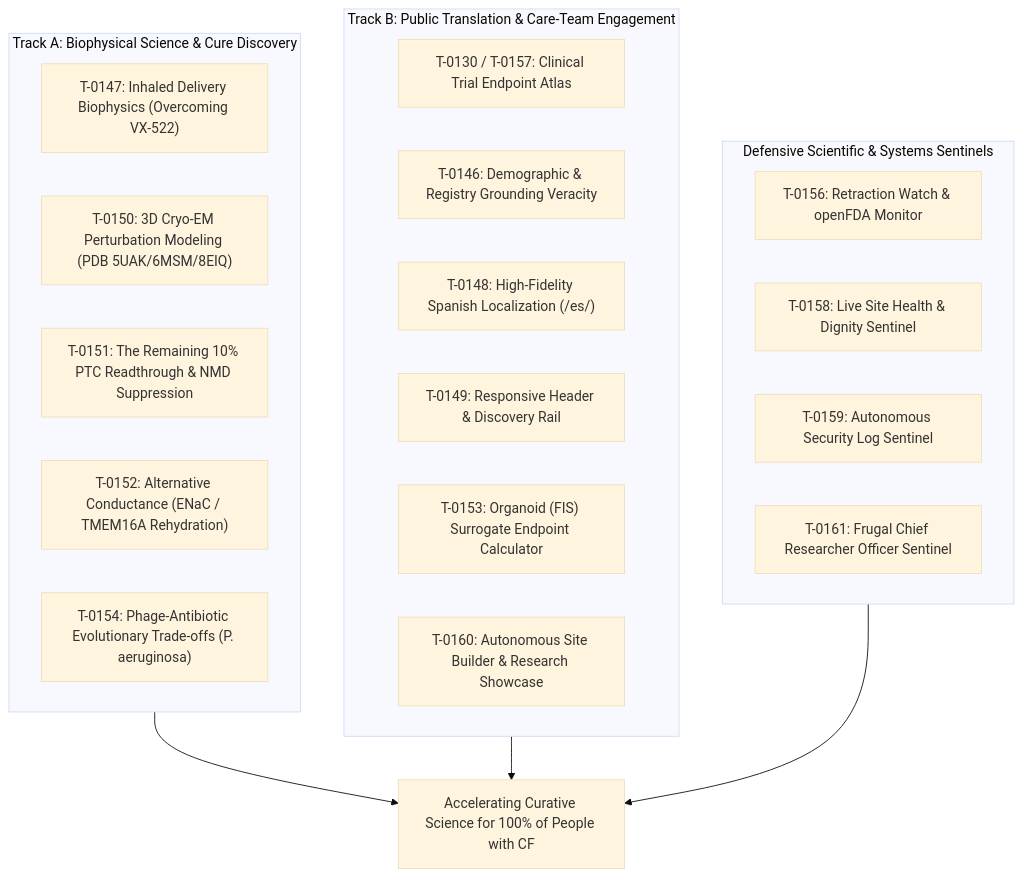
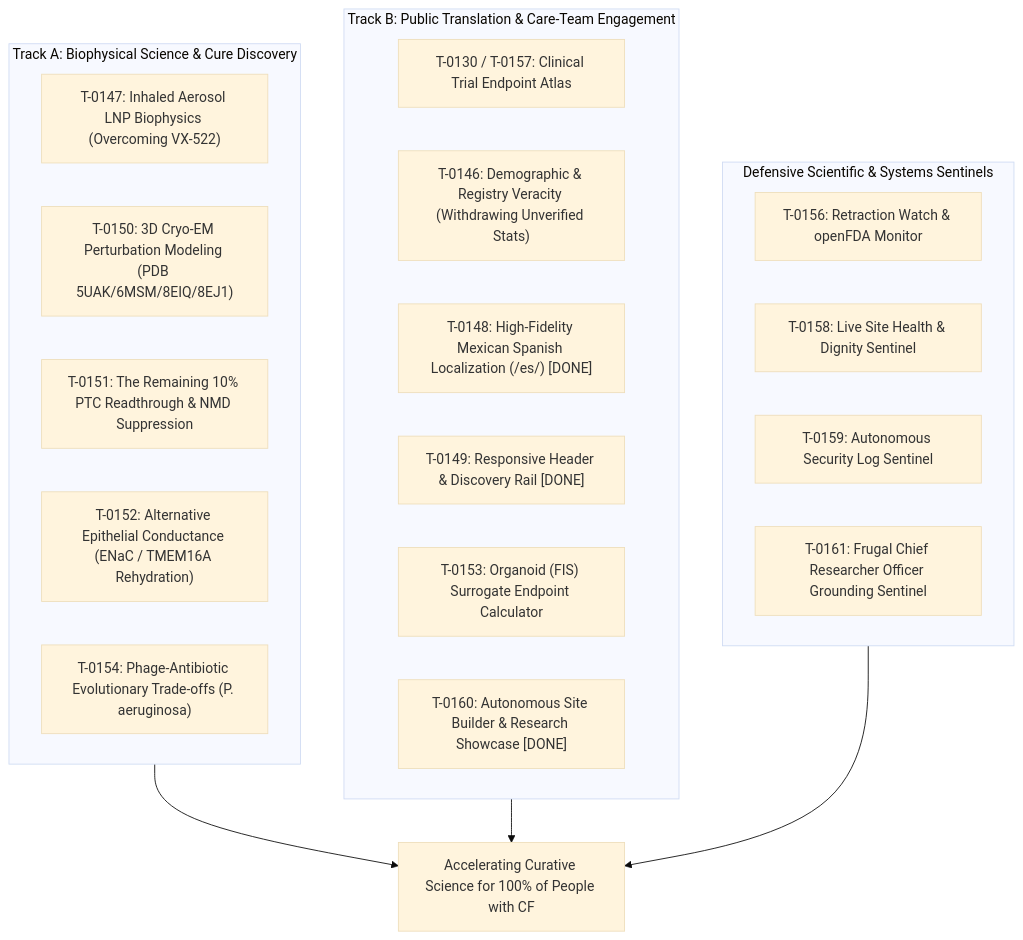
The diagram in landscape/mission-grounding-2026-10-13.md (senseiewok/cf-research), drawn with Mermaid (base theme) before and after one commit. The commit also changed other lines of this file, not shown here.

First line of the commit message:
research(landscape): record evening CRO mission grounding audit for 2026-10-13

````diff
--- a/landscape/mission-grounding-2026-10-13.md
+++ b/landscape/mission-grounding-2026-10-13.md
@@ -65,30 +69,30 @@
 ```mermaid
 flowchart TD
     subgraph TrackA["Track A: Biophysical Science & Cure Discovery"]
-        A1["T-0147: Inhaled Delivery Biophysics (Overcoming VX-522)"]
-        A2["T-0150: 3D Cryo-EM Perturbation Modeling (PDB 5UAK/6MSM/8EIQ)"]
+        A1["T-0147: Inhaled Aerosol LNP Biophysics (Overcoming VX-522)"]
+        A2["T-0150: 3D Cryo-EM Perturbation Modeling (PDB 5UAK/6MSM/8EIQ/8EJ1)"]
         A3["T-0151: The Remaining 10% PTC Readthrough & NMD Suppression"]
-        A4["T-0152: Alternative Conductance (ENaC / TMEM16A Rehydration)"]
+        A4["T-0152: Alternative Epithelial Conductance (ENaC / TMEM16A Rehydration)"]
         A5["T-0154: Phage-Antibiotic Evolutionary Trade-offs (P. aeruginosa)"]
     end
 
     subgraph TrackB["Track B: Public Translation & Care-Team Engagement"]
         B1["T-0130 / T-0157: Clinical Trial Endpoint Atlas"]
-        B2["T-0146: Demographic & Registry Grounding Veracity"]
-        B3["T-0148: High-Fidelity Spanish Localization (/es/)"]
-        B4["T-0149: Responsive Header & Discovery Rail"]
+        B2["T-0146: Demographic & Registry Veracity (Withdrawing Unverified Stats)"]
+        B3["T-0148: High-Fidelity Mexican Spanish Localization (/es/) [DONE]"]
+        B4["T-0149: Responsive Header & Discovery Rail [DONE]"]
         B5["T-0153: Organoid (FIS) Surrogate Endpoint Calculator"]
-        B6["T-0160: Autonomous Site Builder & Research Showcase"]
+        B6["T-0160: Autonomous Site Builder & Research Showcase [DONE]"]
     end
 
     subgraph Sentinels["Defensive Scientific & Systems Sentinels"]
         S1["T-0156: Retraction Watch & openFDA Monitor"]
         S2["T-0158: Live Site Health & Dignity Sentinel"]
         S3["T-0159: Autonomous Security Log Sentinel"]
-        S4["T-0161: Frugal Chief Researcher Officer Sentinel"]
+        S4["T-0161: Frugal Chief Researcher Officer Grounding Sentinel"]
     end
 
     TrackA --> PublicImpact["Accelerating Curative Science for 100% of People with CF"]
     TrackB --> PublicImpact
     Sentinels --> PublicImpact
 ```
````
